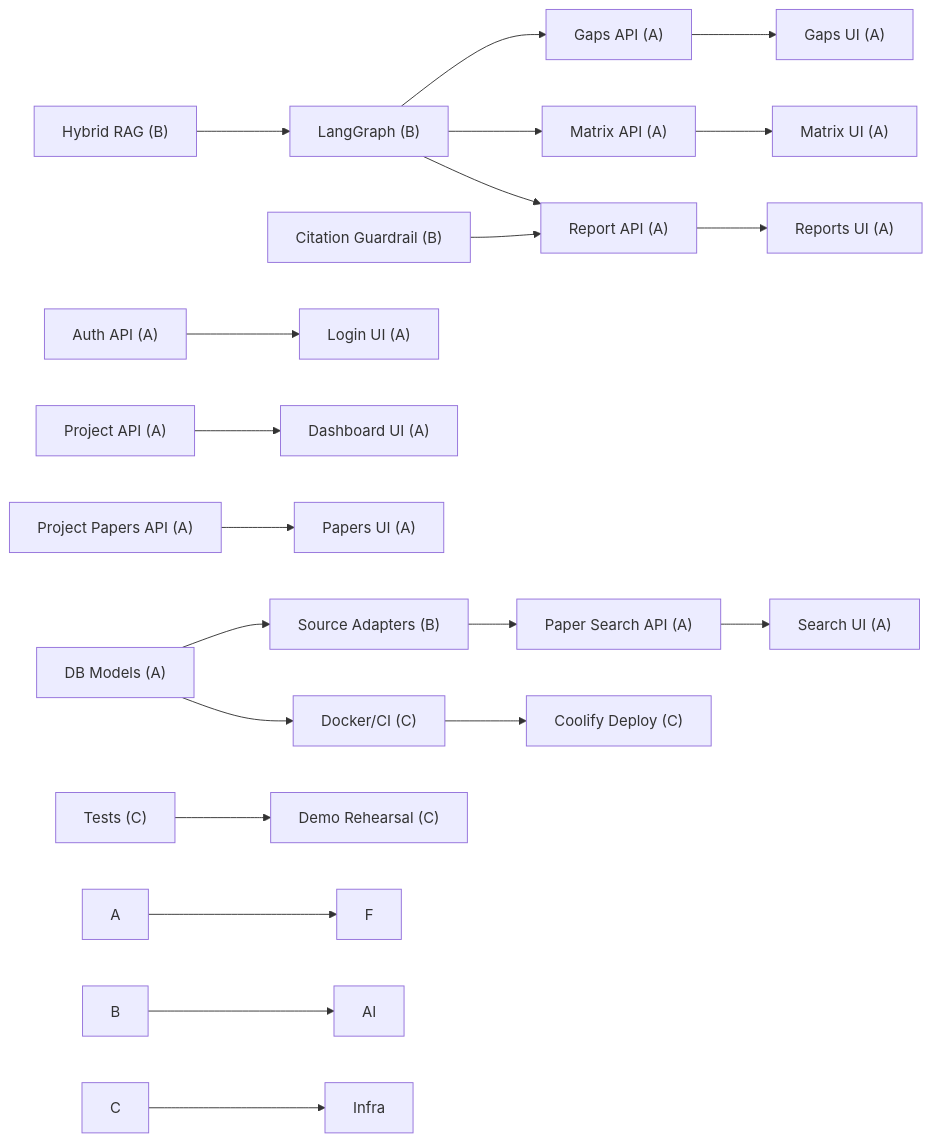
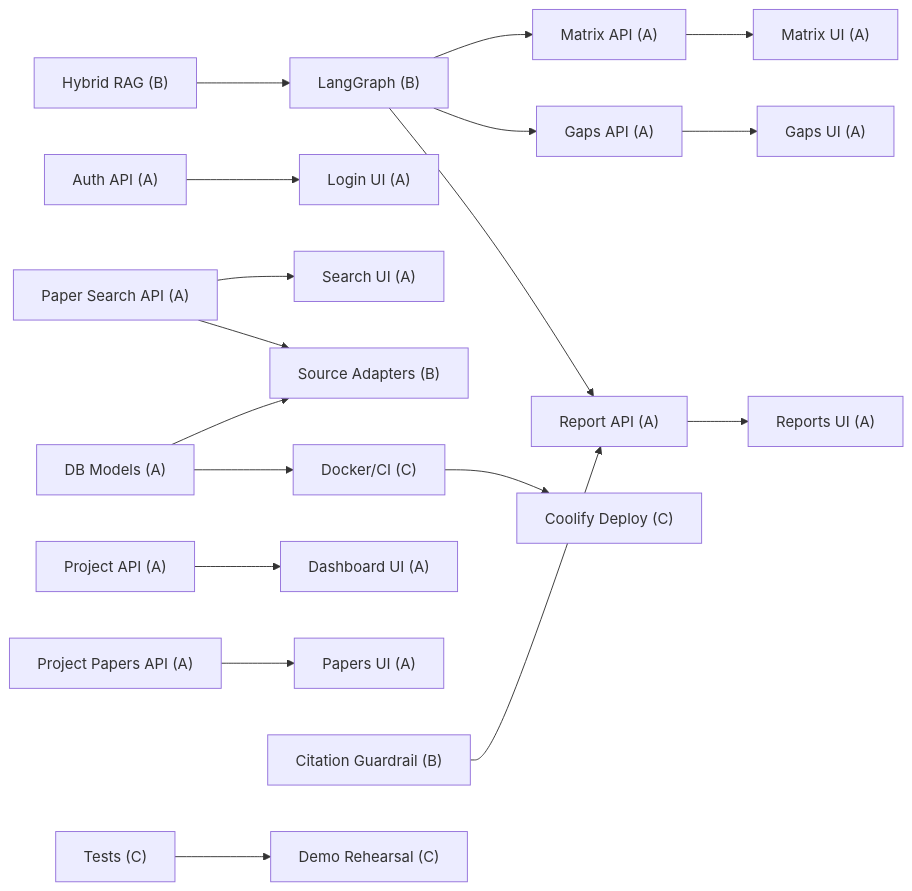
Before and after one commit to vietlinhh02/lumen-agent: the diagram in docs/team-plan.md, drawn with Mermaid. The commit also changed other lines of this file and 1 other file, not shown here.

Commit message:
docs: A builds baseline for B first — dependency flow updated

````diff
--- a/docs/team-plan.md
+++ b/docs/team-plan.md
@@ -33,23 +34,20 @@
 ```mermaid
 flowchart LR
     A1["DB Models (A)"] --> B1["Source Adapters (B)"]
     A1 --> C1["API Tests (C)"]
     A2["Auth API (A)"] --> F1["Login UI (A)"]
     A3["Project API (A)"] --> F2["Dashboard UI (A)"]
     A4["Paper Search API (A)"] --> F3["Search UI (A)"]
     A5["Project Papers API (A)"] --> F4["Papers UI (A)"]
     A6["Matrix API (A)"] --> F5["Matrix UI (A)"]
     A7["Gaps API (A)"] --> F6["Gaps UI (A)"]
     A8["Report API (A)"] --> F7["Reports UI (A)"]
-    B1 --> A4
+    A4 --> B1
     B2["LangGraph (B)"] --> A6
     B2 --> A7
     B2 --> A8
     B3["Hybrid RAG (B)"] --> B2
     B4["Citation Guardrail (B)"] --> A8
     C1["Docker/CI (C)"] --> C2["Coolify Deploy (C)"]
     C3["Tests (C)"] --> C4["Demo Rehearsal (C)"]
-    A --> F
-    B --> AI
-    C --> Infra
 ```
````
